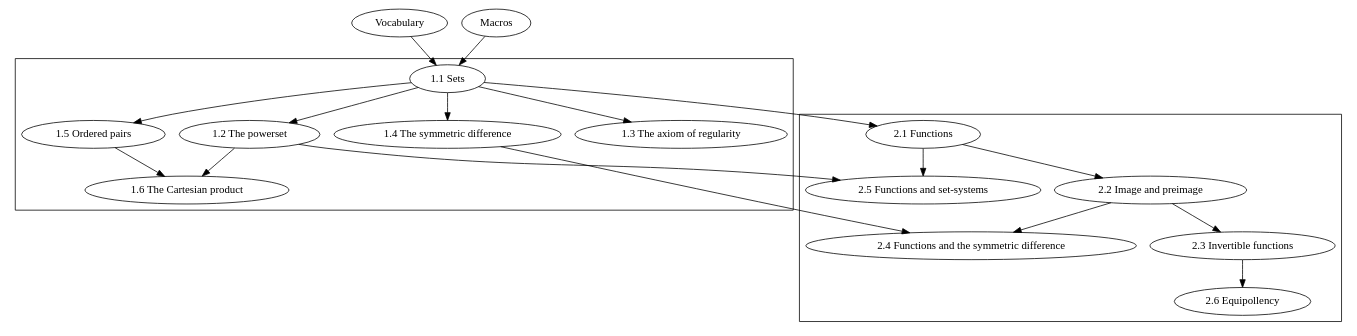
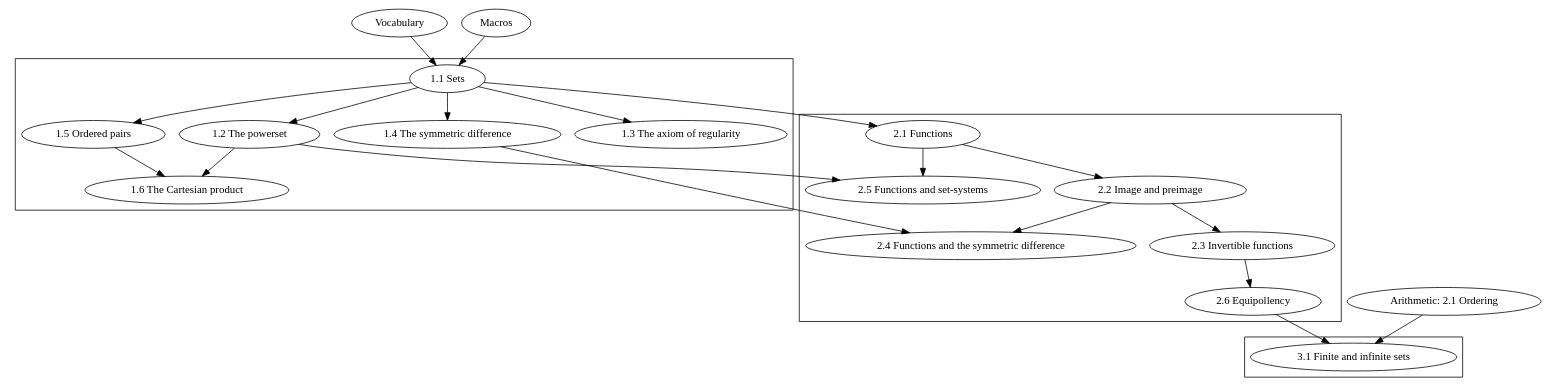
The diagram in examples/set-theory/dependency-graph/graph.dot (naproche/naproche), drawn with Graphviz before and after one commit. The commit also changed 1 other file, not shown here.

Commit message:
Set theory: Update dependency graph

```diff
--- a/examples/set-theory/dependency-graph/graph.dot
+++ b/examples/set-theory/dependency-graph/graph.dot
@@ -1,36 +1,43 @@
 digraph Sections {
   vocab [label = "Vocabulary"]
   macros [label = "Macros"]
+  ord_01 [label = "Arithmetic: 2.1 Ordering"]
 
   subgraph cluster_1 {
     set_01 [label = "1.1 Sets"]
     set_02 [label = "1.2 The powerset"]
     set_03 [label = "1.3 The axiom of regularity"]
     set_04 [label = "1.4 The symmetric difference"]
     set_05 [label = "1.5 Ordered pairs"]
     set_06 [label = "1.6 The Cartesian product"]
   }
 
   subgraph cluster_2 {
     fun_01 [label = "2.1 Functions"]
     fun_02 [label = "2.2 Image and preimage"]
     fun_03 [label = "2.3 Invertible functions"]
     fun_04 [label = "2.4 Functions and the symmetric difference"]
     fun_05 [label = "2.5 Functions and set-systems"]
     fun_06 [label = "2.6 Equipollency"]
   }
 
+  subgraph cluster_3 {
+    card_01 [label = "3.1 Finite and infinite sets"]
+  }
+
   /* 1.1 */ vocab, macros   -> set_01
   /* 1.2 */ set_01          -> set_02
   /* 1.3 */ set_01          -> set_03
   /* 1.4 */ set_01          -> set_04
   /* 1.5 */ set_01          -> set_05
   /* 1.6 */ set_02, set_05  -> set_06
 
   /* 2.1 */ set_01          -> fun_01
   /* 2.2 */ fun_01          -> fun_02
   /* 2.3 */ fun_02          -> fun_03
   /* 2.4 */ set_04, fun_02  -> fun_04
   /* 2.5 */ set_02, fun_01  -> fun_05
   /* 2.6 */ fun_03          -> fun_06
+
+  /* 3.1 */ ord_01, fun_06  -> card_01
 }
```
